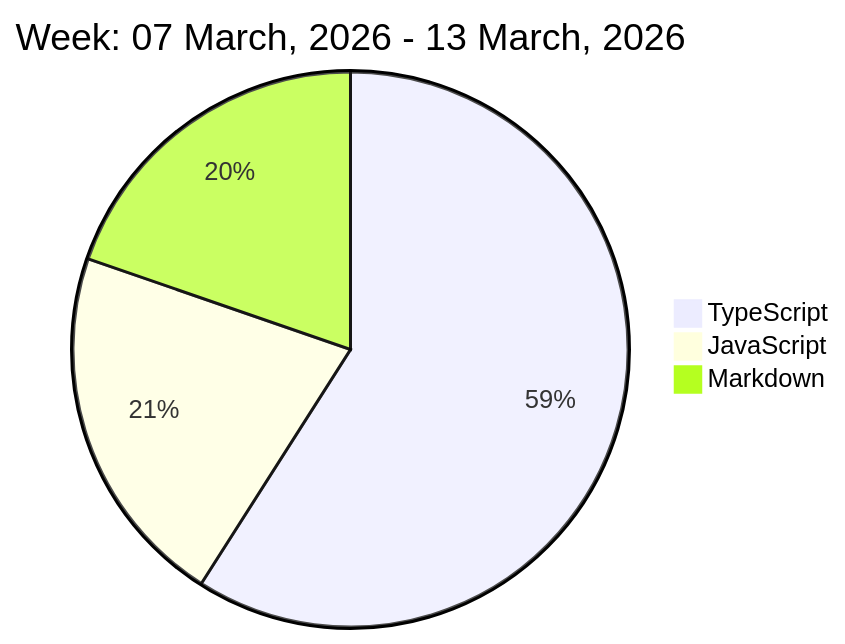
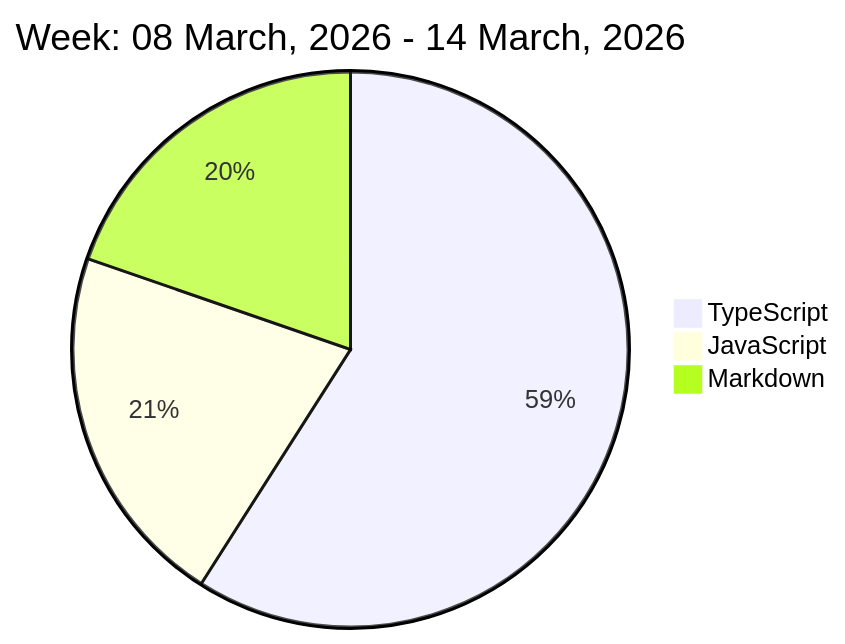
The diagram in README.md (liubin95/liubin95), drawn with Mermaid before and after one commit.

Commit message:
Updated the Graph with new Metrics

````diff
--- a/README.md
+++ b/README.md
@@ -32,7 +32,7 @@
 ```mermaid
  pie
-title Week: 07 March, 2026 - 13 March, 2026
+title Week: 08 March, 2026 - 14 March, 2026
  "TypeScript" : 7.55
  "JavaScript" : 2.72
  "Markdown" : 2.52
 ```
````
